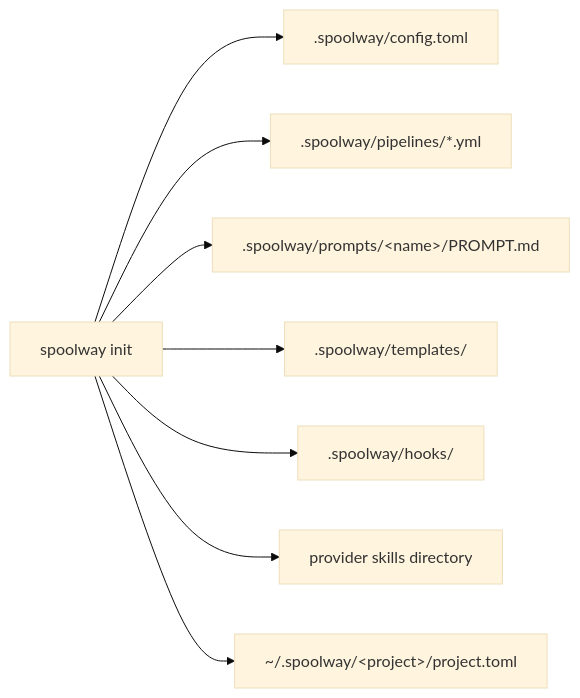
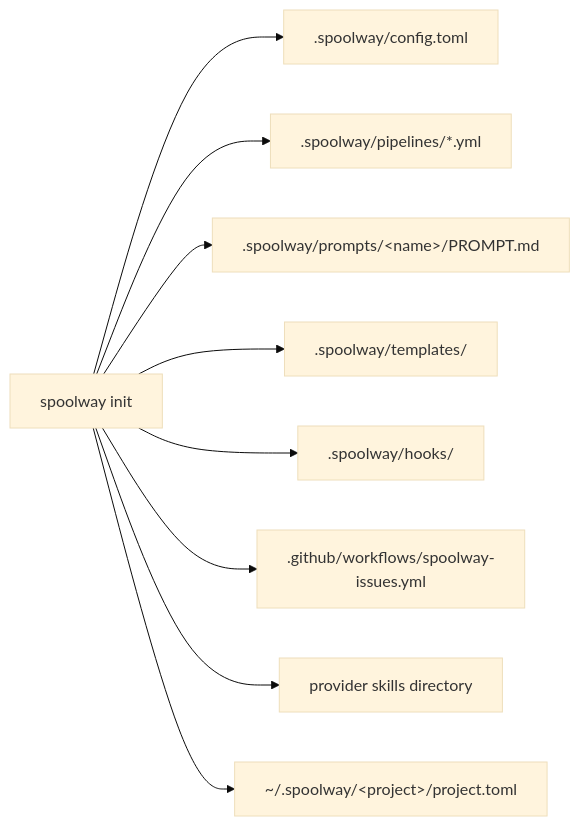
The diagram in docs/installation.md (marvingygas/spoolway), drawn with Mermaid (base theme) before and after one commit. The commit also changed other lines of this file and 16 other files, not shown here.

````diff
--- a/docs/installation.md
+++ b/docs/installation.md
@@ -67,10 +67,11 @@
 ```mermaid
 flowchart LR
   I[spoolway init] --> C[.spoolway/config.toml]
   I --> P[.spoolway/pipelines/*.yml]
   I --> R[.spoolway/prompts/&lt;name&gt;/PROMPT.md]
   I --> T[.spoolway/templates/]
   I --> H[.spoolway/hooks/]
+  I --> W[.github/workflows/spoolway-issues.yml]
   I --> S[provider skills directory]
   I --> N[~/.spoolway/&lt;project&gt;/project.toml]
 ```
````
